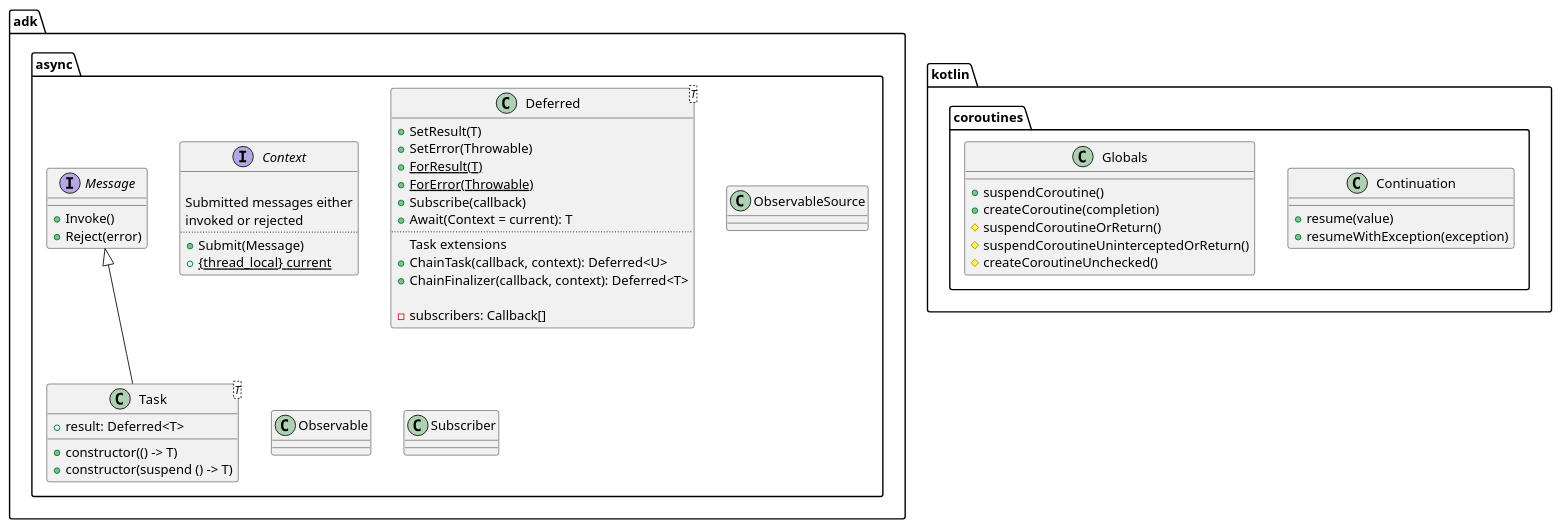
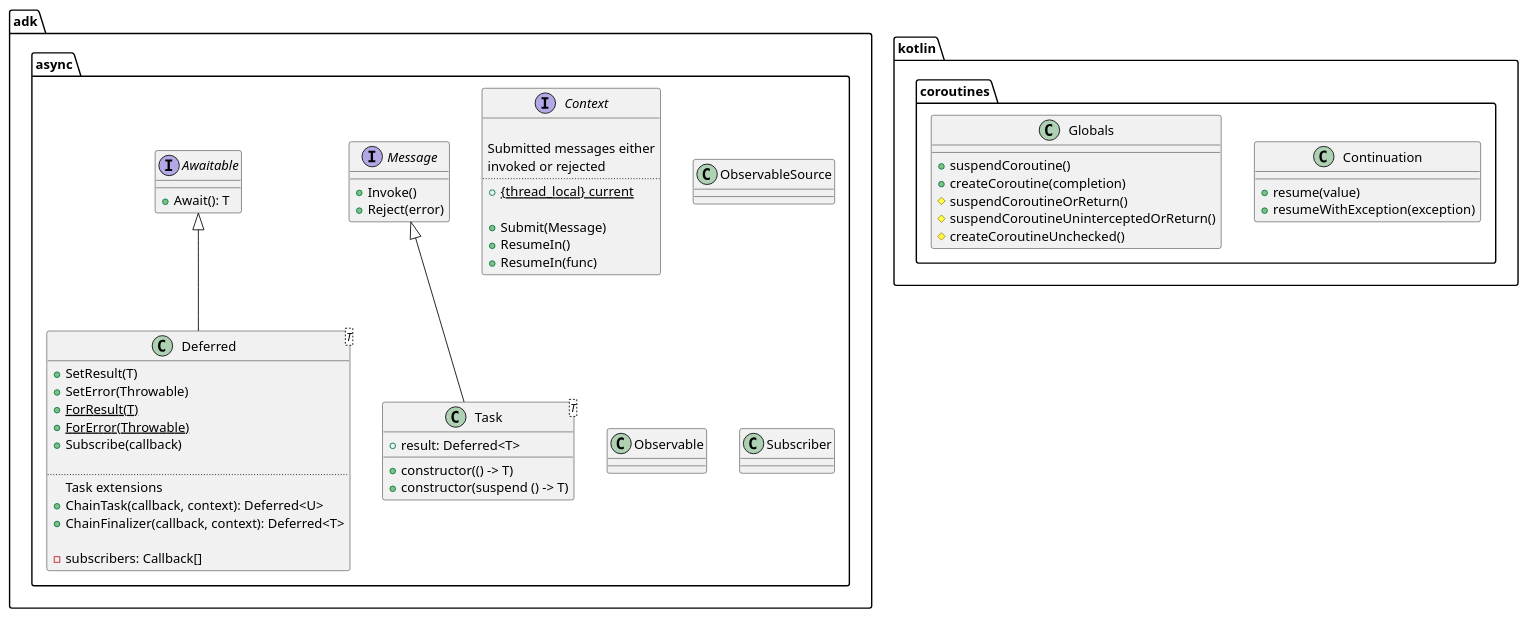
One commit to vagran/adk-kotlin changed the diagram in async/doc/core-classes.puml. Above: the diagram before and after it, drawn with PlantUML. The commit also changed 3 other files, not shown here.

Commit message:
Properly set current context.

```diff
--- a/async/doc/core-classes.puml
+++ b/async/doc/core-classes.puml
@@ -1,72 +1,80 @@
 @startuml
 
 package adk.async {
 
 interface Message {
 
 +Invoke()
 +Reject(error)
 
 }
 
 interface Context {
 
 Submitted messages either
 invoked or rejected
 ..
++{static}{thread_local} current
+
 +Submit(Message)
-+{static}{thread_local} current
++ResumeIn()
++ResumeIn(func)
 }
 
 Message <|-- Task
 class Task<T> {
     +constructor(() -> T)
     +constructor(suspend () -> T)
     +result: Deferred<T>
 }
 
+interface Awaitable {
+    +Await(): T
+}
+
+Awaitable <|-- Deferred
 
 class Deferred<T> {
     +SetResult(T)
     +SetError(Throwable)
     +{static}ForResult(T)
     +{static}ForError(Throwable)
     +Subscribe(callback)
-    +Await(Context = current): T
+
     ..
     Task extensions
     +ChainTask(callback, context): Deferred<U>
     +ChainFinalizer(callback, context): Deferred<T>
 
     {field}-subscribers: Callback[]
 }
 
 class ObservableSource {
 }
 
 class Observable {
 }
 
 class Subscriber {
 }
 
 }
 
 package kotlin.coroutines {
 
 class Continuation {
     +resume(value)
     +resumeWithException(exception)
 }
 
 class Globals {
     +suspendCoroutine()
     +createCoroutine(completion)
     #suspendCoroutineOrReturn()
     #suspendCoroutineUninterceptedOrReturn()
     #createCoroutineUnchecked()
 }
 
 }
 
 @enduml
```
